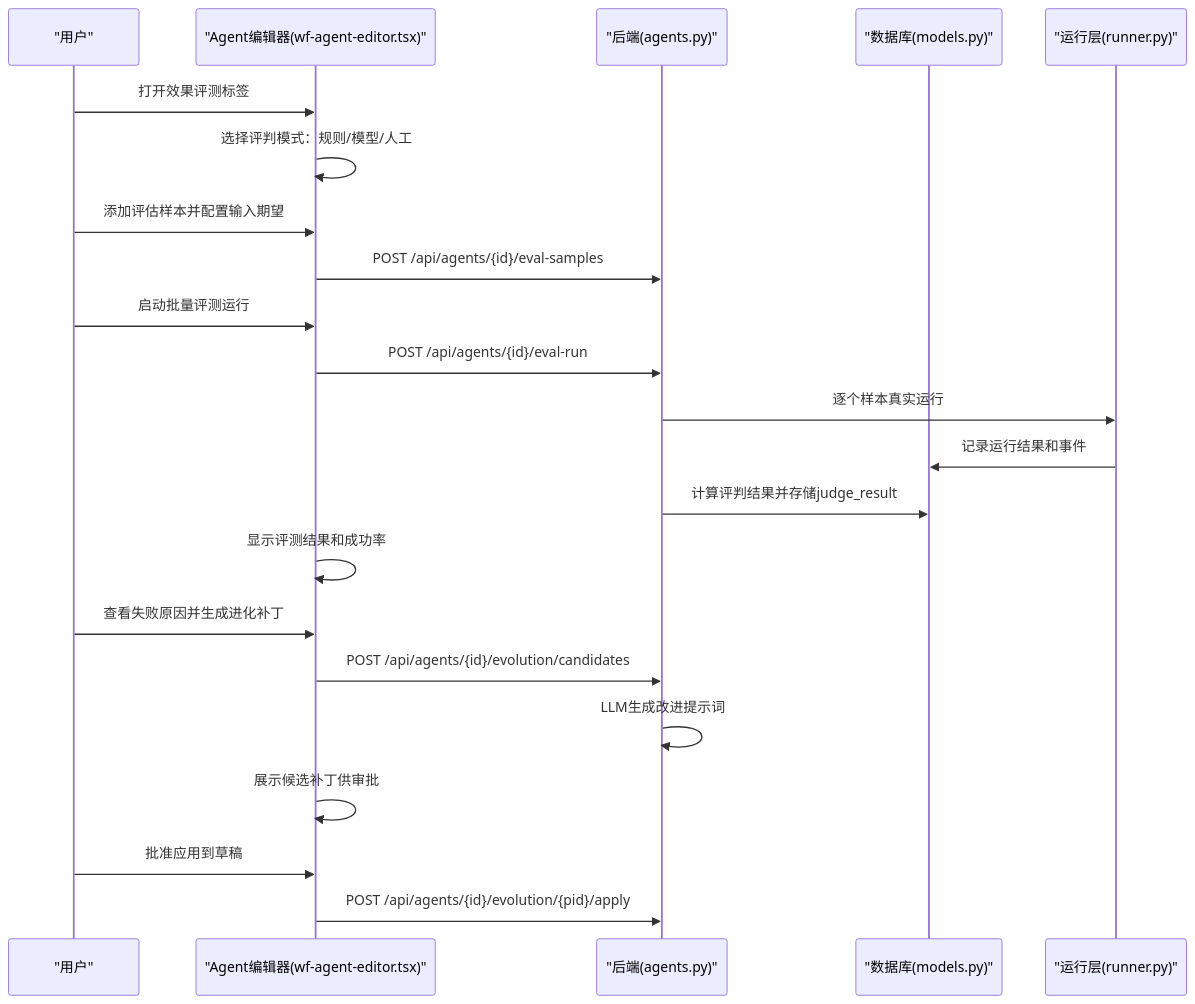
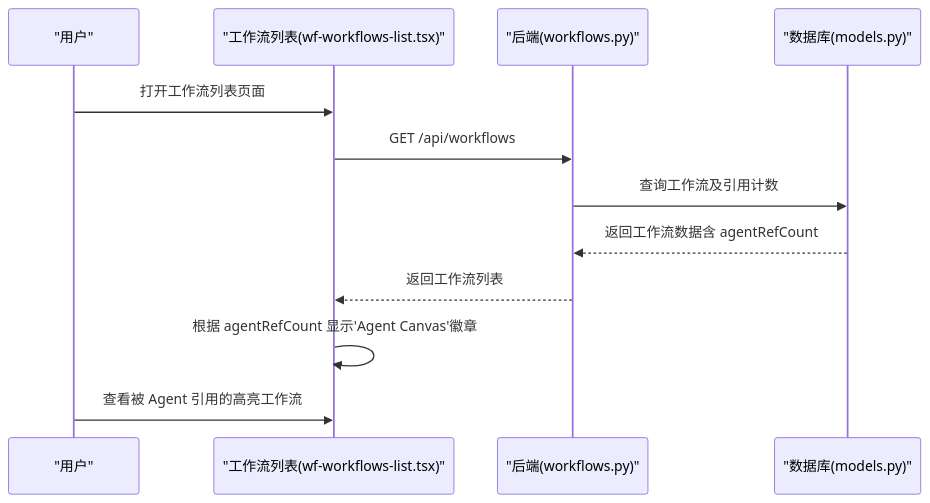
One commit to huiliuxu780/MoreThanCorn changed the first of 3 diagrams in .qoder/repowiki/zh/content/Agent 与工作流域.md. Above: the diagram before and after it, drawn with Mermaid. The commit also changed other lines of this file and 63 other files, not shown here.

````diff
--- a/.qoder/repowiki/zh/content/Agent 与工作流域.md
+++ b/.qoder/repowiki/zh/content/Agent 与工作流域.md
@@ -57,24 +62,14 @@
 ```mermaid
 sequenceDiagram
 participant U as "用户"
-participant FE as "Agent编辑器(wf-agent-editor.tsx)"
-participant API as "后端(agents.py)"
+participant FE as "工作流列表(wf-workflows-list.tsx)"
+participant API as "后端(workflows.py)"
 participant DB as "数据库(models.py)"
-participant RUN as "运行层(runner.py)"
-U->>FE : 打开效果评测标签
-FE->>FE : 选择评判模式：规则/模型/人工
-U->>FE : 添加评估样本并配置输入期望
-FE->>API : POST /api/agents/{id}/eval-samples
-U->>FE : 启动批量评测运行
-FE->>API : POST /api/agents/{id}/eval-run
-API->>RUN : 逐个样本真实运行
-RUN->>DB : 记录运行结果和事件
-API->>DB : 计算评判结果并存储judge_result
-FE->>FE : 显示评测结果和成功率
-U->>FE : 查看失败原因并生成进化补丁
-FE->>API : POST /api/agents/{id}/evolution/candidates
-API->>API : LLM生成改进提示词
-FE->>FE : 展示候选补丁供审批
-U->>FE : 批准应用到草稿
-FE->>API : POST /api/agents/{id}/evolution/{pid}/apply
+U->>FE : 打开工作流列表页面
+FE->>API : GET /api/workflows
+API->>DB : 查询工作流及引用计数
+DB-->>API : 返回工作流数据含 agentRefCount
+API-->>FE : 返回工作流列表
+FE->>FE : 根据 agentRefCount 显示'Agent Canvas'徽章
+U->>FE : 查看被 Agent 引用的高亮工作流
 ```
````
